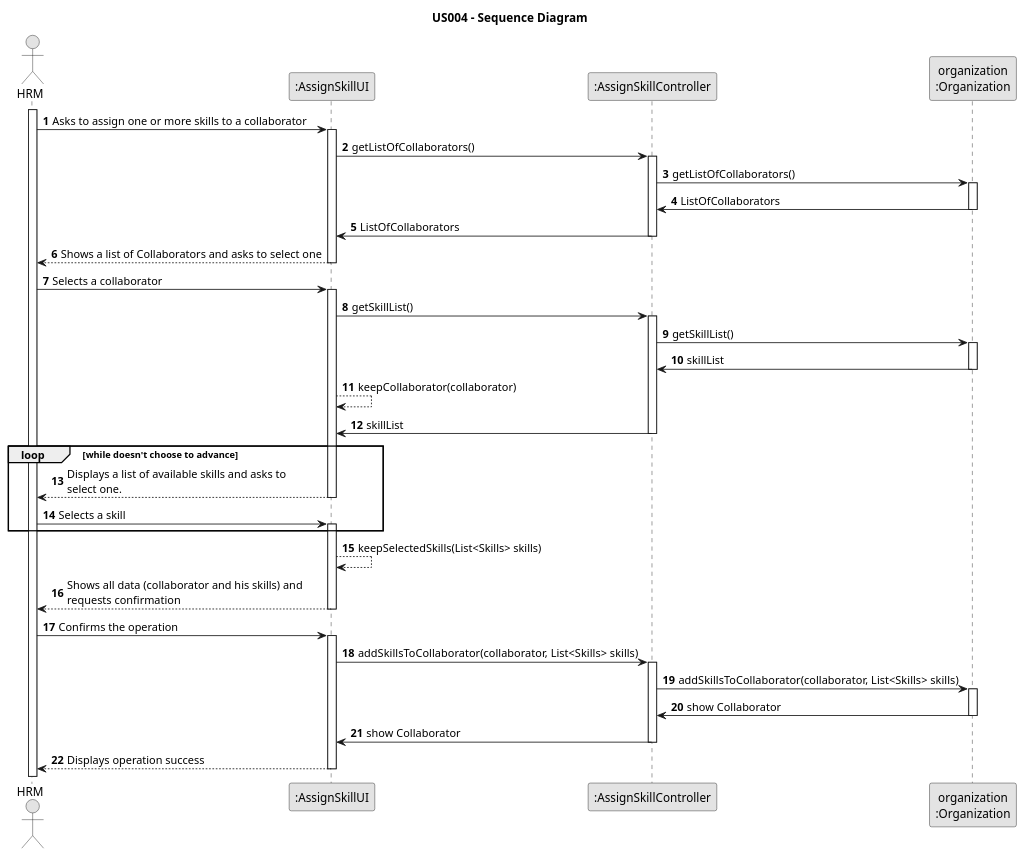
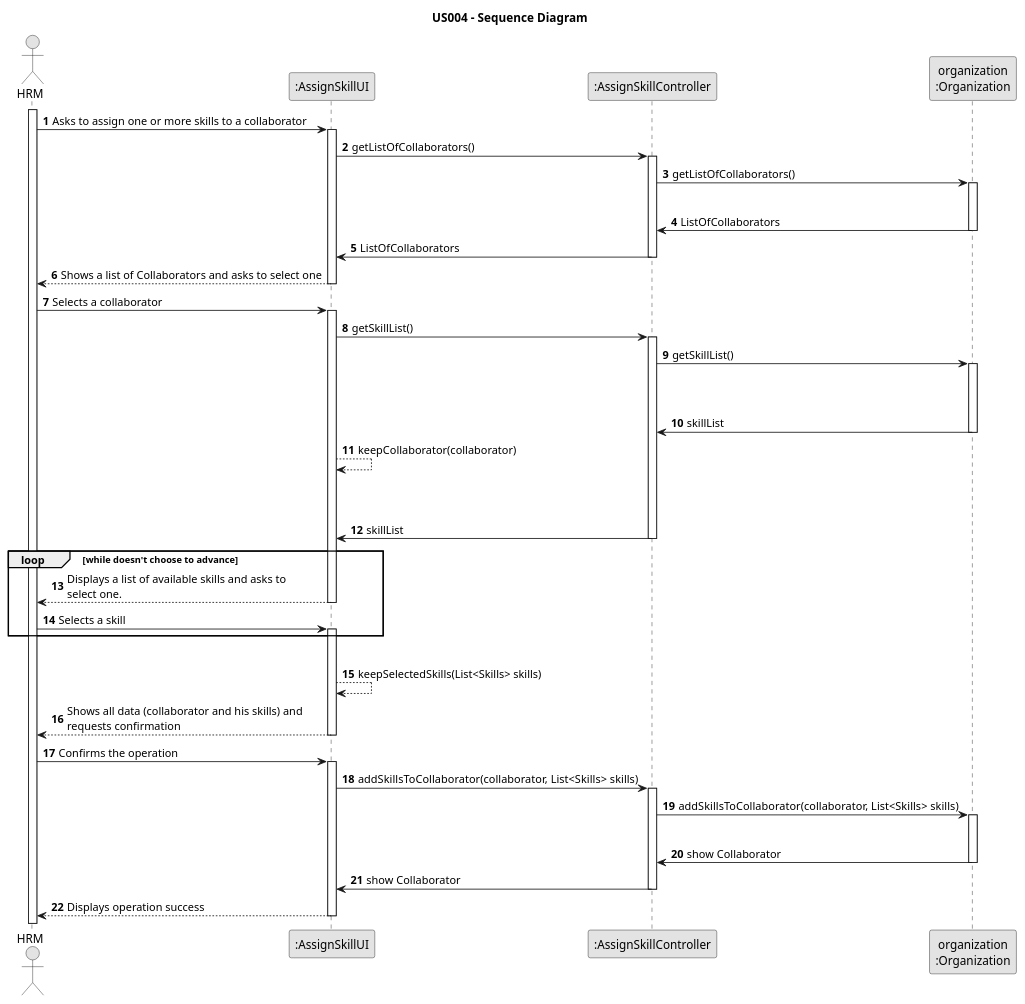
Before and after one commit to Rui-San/LAPR2_2023_2024: the diagram in docs/sprintB/us004/03.design/puml/us004-sequence-diagram.puml, drawn with PlantUML.

Commit message:
US004 Design: fixed layout with more space (more understandable)

```diff
--- a/docs/sprintB/us004/03.design/puml/us004-sequence-diagram.puml
+++ b/docs/sprintB/us004/03.design/puml/us004-sequence-diagram.puml
@@ -1,91 +1,97 @@
 @startuml
 skinparam monochrome true
 skinparam packageStyle rectangle
 skinparam shadowing false
 
 title US004 - Sequence Diagram
 
 autonumber
 
 actor "HRM" as HRM
 participant ":AssignSkillUI" as UI
 participant ":AssignSkillController" as CTRL
 participant "organization\n:Organization" as ORG
 
 
 activate HRM
 
     HRM -> UI : Asks to assign one or more skills to a collaborator
 
     activate UI
 
         UI -> CTRL : getListOfCollaborators()
 
         activate CTRL
 
             CTRL -> ORG : getListOfCollaborators()
+            |||
             activate ORG
 
                 ORG -> CTRL : ListOfCollaborators
             deactivate ORG
             CTRL -> UI : ListOfCollaborators
         deactivate CTRL
         UI --> HRM : Shows a list of Collaborators and asks to select one
     deactivate UI
 
     HRM -> UI : Selects a collaborator
 
     activate UI
 
         UI -> CTRL : getSkillList()
 
         activate CTRL
 
             CTRL -> ORG : getSkillList()
+            |||
+            |||
 
             activate ORG
 
                 ORG -> CTRL : skillList
+
             deactivate ORG
 
             UI --> UI : keepCollaborator(collaborator)
+            |||
+            |||
 
             CTRL -> UI : skillList
         deactivate CTRL
 
         loop while doesn't choose to advance
 
             UI --> HRM : Displays a list of available skills and asks to \nselect one.
     deactivate UI
 
         HRM -> UI : Selects a skill
 
     activate UI
 
         end
-
+        |||
         UI --> UI : keepSelectedSkills(List<Skills> skills)
 
         UI --> HRM : Shows all data (collaborator and his skills) and \nrequests confirmation
     deactivate UI
 
     HRM -> UI : Confirms the operation
     activate UI
 
         UI -> CTRL : addSkillsToCollaborator(collaborator, List<Skills> skills)
 
         activate CTRL
 
             CTRL -> ORG : addSkillsToCollaborator(collaborator, List<Skills> skills)
-
+            |||
             activate ORG
 
                 ORG ->CTRL : show Collaborator
             deactivate ORG
             CTRL -> UI : show Collaborator
         deactivate CTRL
 
         UI --> HRM : Displays operation success
     deactivate UI
 
 @enduml
```
